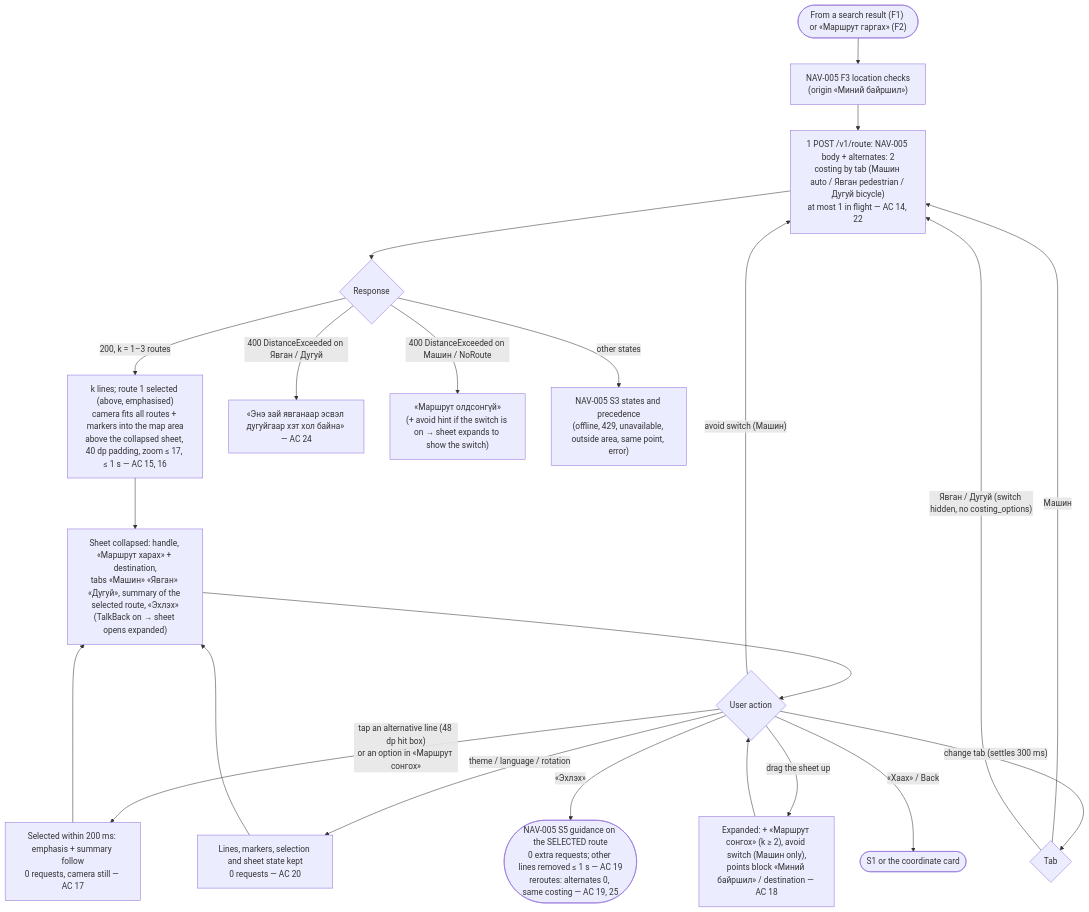
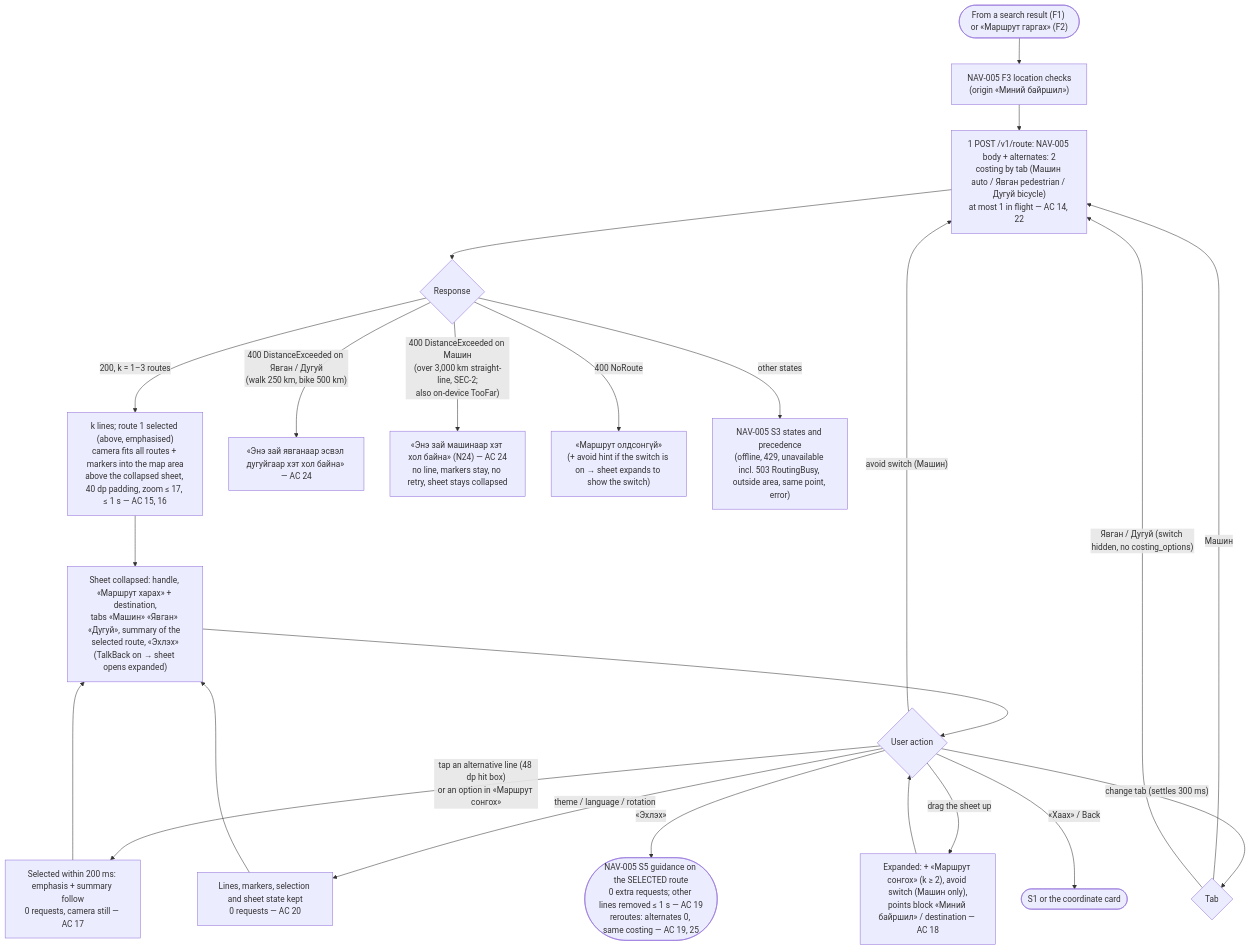
Before and after one commit to Uranbold/test.github.io: the third of 7 diagrams in docs/design/flows/NAV-011-android-route-preview-search-parity.md, drawn with Mermaid. The commit also changed other lines of this file and 85 other files, not shown here.

First line of the commit message:
WIP: SEC-2 route request limits (change lane run 2 in progress, verification pending)

````diff
--- a/docs/design/flows/NAV-011-android-route-preview-search-parity.md
+++ b/docs/design/flows/NAV-011-android-route-preview-search-parity.md
@@ -101,24 +101,25 @@
 ```mermaid
 flowchart TD
     IN(["From a search result (F1) or «Маршрут гаргах» (F2)"]) --> LOC["NAV-005 F3 location checks<br/>(origin «Миний байршил»)"]
     LOC --> REQ["1 POST /v1/route: NAV-005 body + alternates: 2<br/>costing by tab (Машин auto / Явган pedestrian / Дугуй bicycle)<br/>at most 1 in flight — AC 14, 22"]
     REQ --> ST{"Response"}
     ST -- "200, k = 1–3 routes" --> DRAW["k lines; route 1 selected (above, emphasised)<br/>camera fits all routes + markers into the map area<br/>above the collapsed sheet, 40 dp padding, zoom ≤ 17, ≤ 1 s — AC 15, 16"]
-    ST -- "400 DistanceExceeded on Явган / Дугуй" --> TF["«Энэ зай явганаар эсвэл дугуйгаар хэт хол байна» — AC 24"]
-    ST -- "400 DistanceExceeded on Машин / NoRoute" --> NR["«Маршрут олдсонгүй»<br/>(+ avoid hint if the switch is on → sheet expands to show the switch)"]
-    ST -- "other states" --> OS["NAV-005 S3 states and precedence<br/>(offline, 429, unavailable, outside area, same point, error)"]
+    ST -- "400 DistanceExceeded on Явган / Дугуй<br/>(walk 250 km, bike 500 km)" --> TF["«Энэ зай явганаар эсвэл дугуйгаар хэт хол байна» — AC 24"]
+    ST -- "400 DistanceExceeded on Машин<br/>(over 3,000 km straight-line, SEC-2;<br/>also on-device TooFar)" --> TFC["«Энэ зай машинаар хэт хол байна» (N24) — AC 24<br/>no line, markers stay, no retry, sheet stays collapsed"]
+    ST -- "400 NoRoute" --> NR["«Маршрут олдсонгүй»<br/>(+ avoid hint if the switch is on → sheet expands to show the switch)"]
+    ST -- "other states" --> OS["NAV-005 S3 states and precedence<br/>(offline, 429, unavailable incl. 503 RoutingBusy, outside area, same point, error)"]
     DRAW --> SH["Sheet collapsed: handle, «Маршрут харах» + destination,<br/>tabs «Машин» «Явган» «Дугуй», summary of the selected route, «Эхлэх»<br/>(TalkBack on → sheet opens expanded)"]
     SH --> U{"User action"}
     U -- "tap an alternative line (48 dp hit box)<br/>or an option in «Маршрут сонгох»" --> SEL["Selected within 200 ms: emphasis + summary follow<br/>0 requests, camera still — AC 17"]
     SEL --> SH
     U -- "drag the sheet up" --> EX["Expanded: + «Маршрут сонгох» (k ≥ 2), avoid switch (Машин only),<br/>points block «Миний байршил» / destination — AC 18"]
     EX --> U
     U -- "change tab (settles 300 ms)" --> MODE{"Tab"}
     MODE -- "Машин" --> REQ
     MODE -- "Явган / Дугуй (switch hidden, no costing_options)" --> REQ
     U -- "avoid switch (Машин)" --> REQ
     U -- "«Эхлэх»" --> GO(["NAV-005 S5 guidance on the SELECTED route<br/>0 extra requests; other lines removed ≤ 1 s — AC 19<br/>reroutes: alternates 0, same costing — AC 19, 25"])
     U -- "«Хаах» / Back" --> BACK(["S1 or the coordinate card"])
     U -- "theme / language / rotation" --> KEEP["Lines, markers, selection and sheet state kept<br/>0 requests — AC 20"]
     KEEP --> SH
 ```
````
